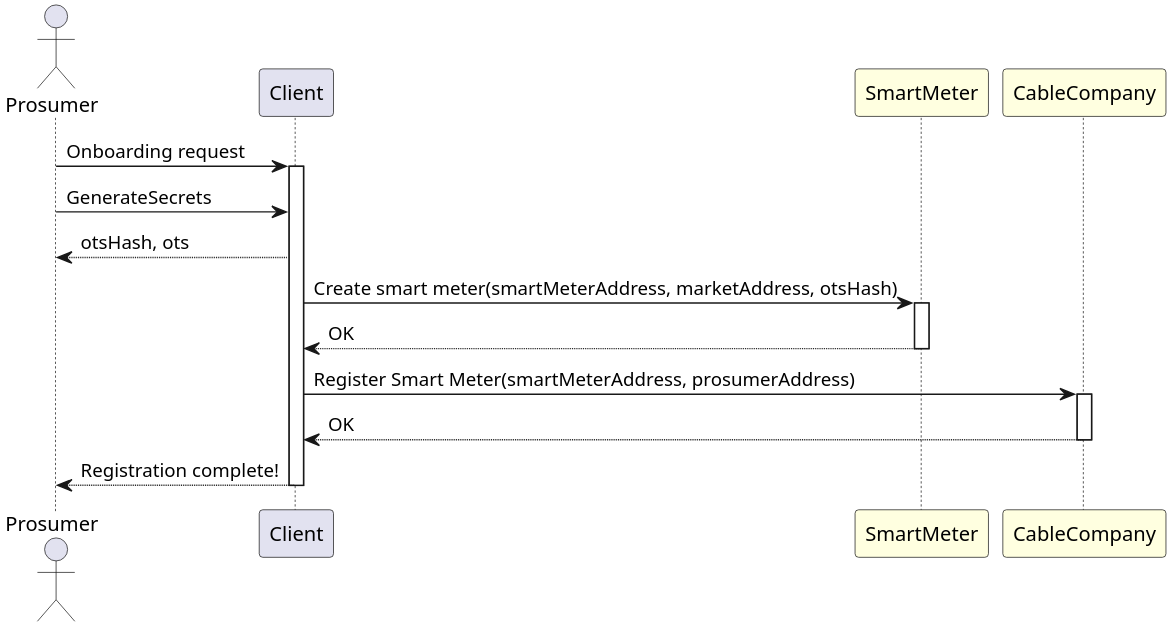
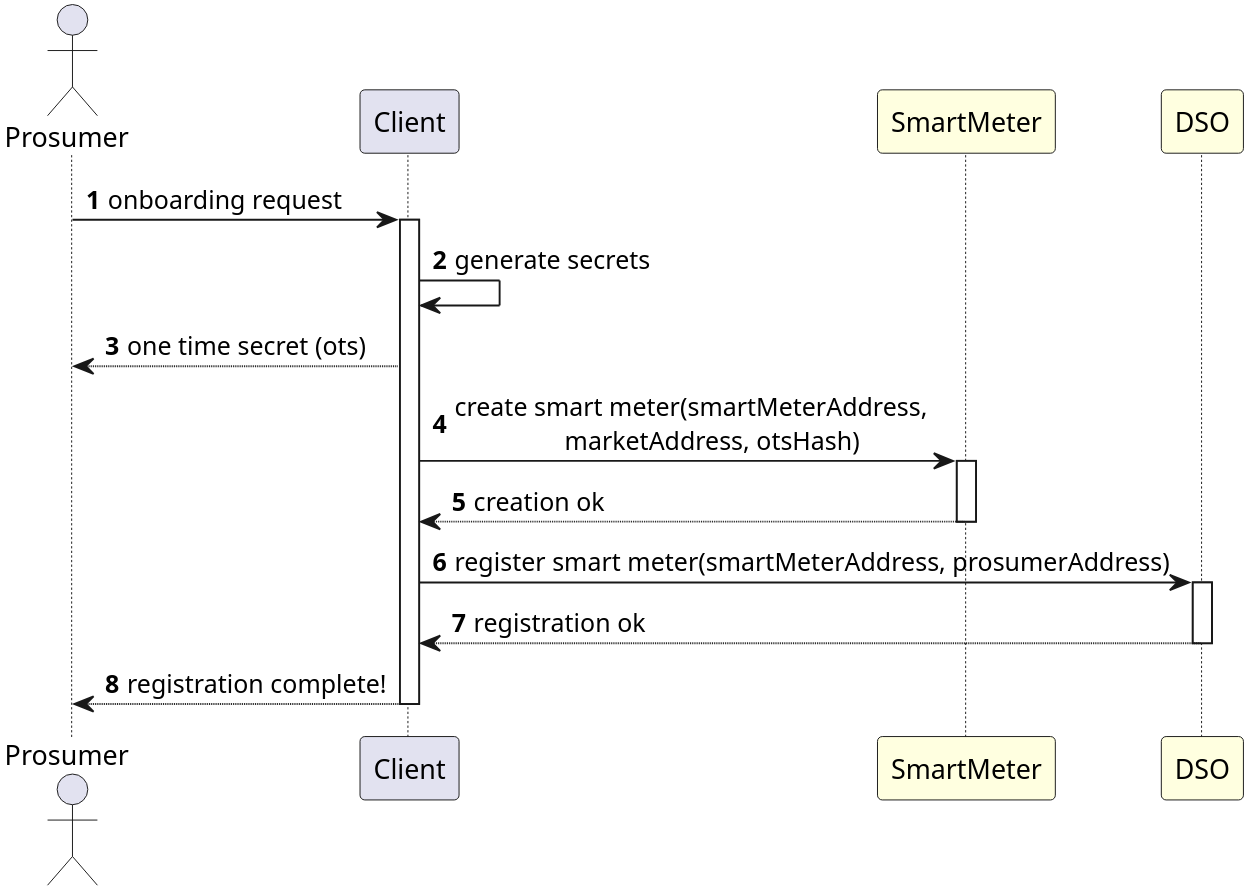
One commit to antonoeschmidt/SmartGridEmpowered changed the diagram in docs/SequenceDiagrams/onboarding.puml. Above: the diagram before and after it, drawn with PlantUML. The commit also changed 2 other files, not shown here.

```diff
--- a/docs/SequenceDiagrams/onboarding.puml
+++ b/docs/SequenceDiagrams/onboarding.puml
@@ -1,17 +1,19 @@
-@startuml
+@startuml Onboarding
 actor Prosumer
 participant Client
 participant SmartMeter #LightYellow
-participant CableCompany #LightYellow
+participant DSO #LightYellow
 
-skinparam dpi 300
+skinparam dpi 400
 
-Prosumer -> Client ++: Onboarding request
-Prosumer -> Client: GenerateSecrets
-Client --> Prosumer: otsHash, ots
-Client -> SmartMeter ++: Create smart meter(smartMeterAddress, marketAddress, otsHash)
-SmartMeter --> Client --: OK
-Client -> CableCompany ++: Register Smart Meter(smartMeterAddress, prosumerAddress)
-CableCompany --> Client --: OK
-Client --> Prosumer --: Registration complete!
+autonumber
+
+Prosumer -> Client ++: onboarding request
+Client -> Client: generate secrets
+Client --> Prosumer: one time secret (ots)
+Client -> SmartMeter ++: create smart meter(smartMeterAddress, \n\t\t marketAddress, otsHash)
+SmartMeter --> Client --: creation ok
+Client -> DSO ++: register smart meter(smartMeterAddress, prosumerAddress)
+DSO --> Client --: registration ok
+Client --> Prosumer --: registration complete!
 @enduml
```
